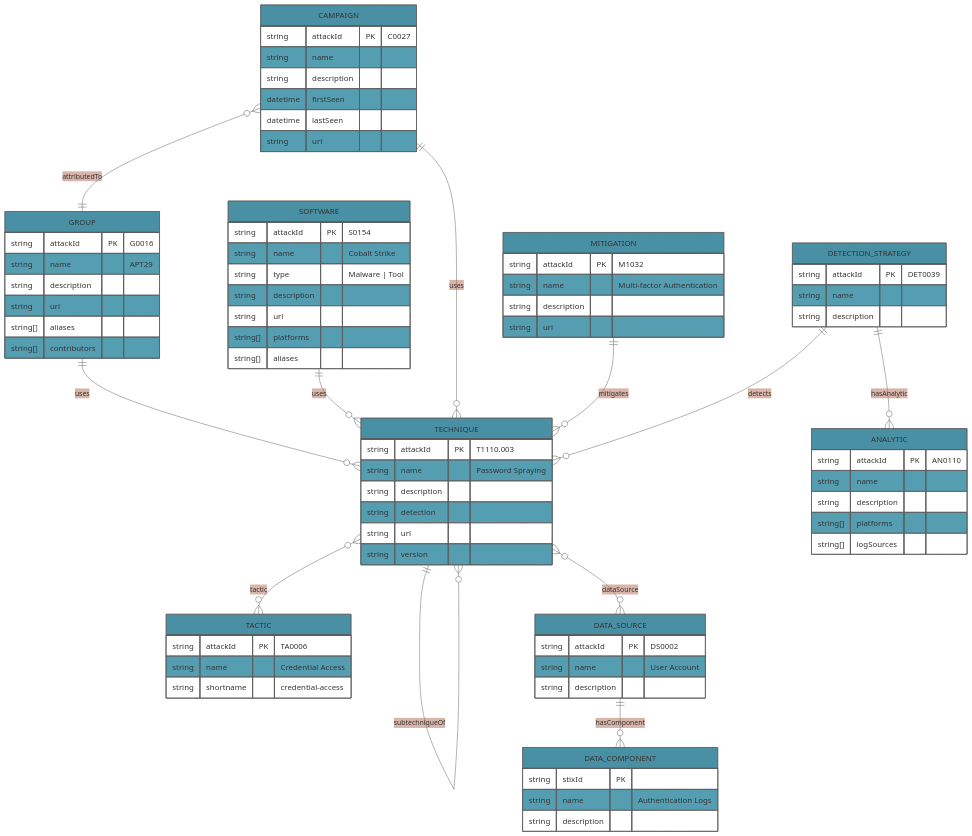
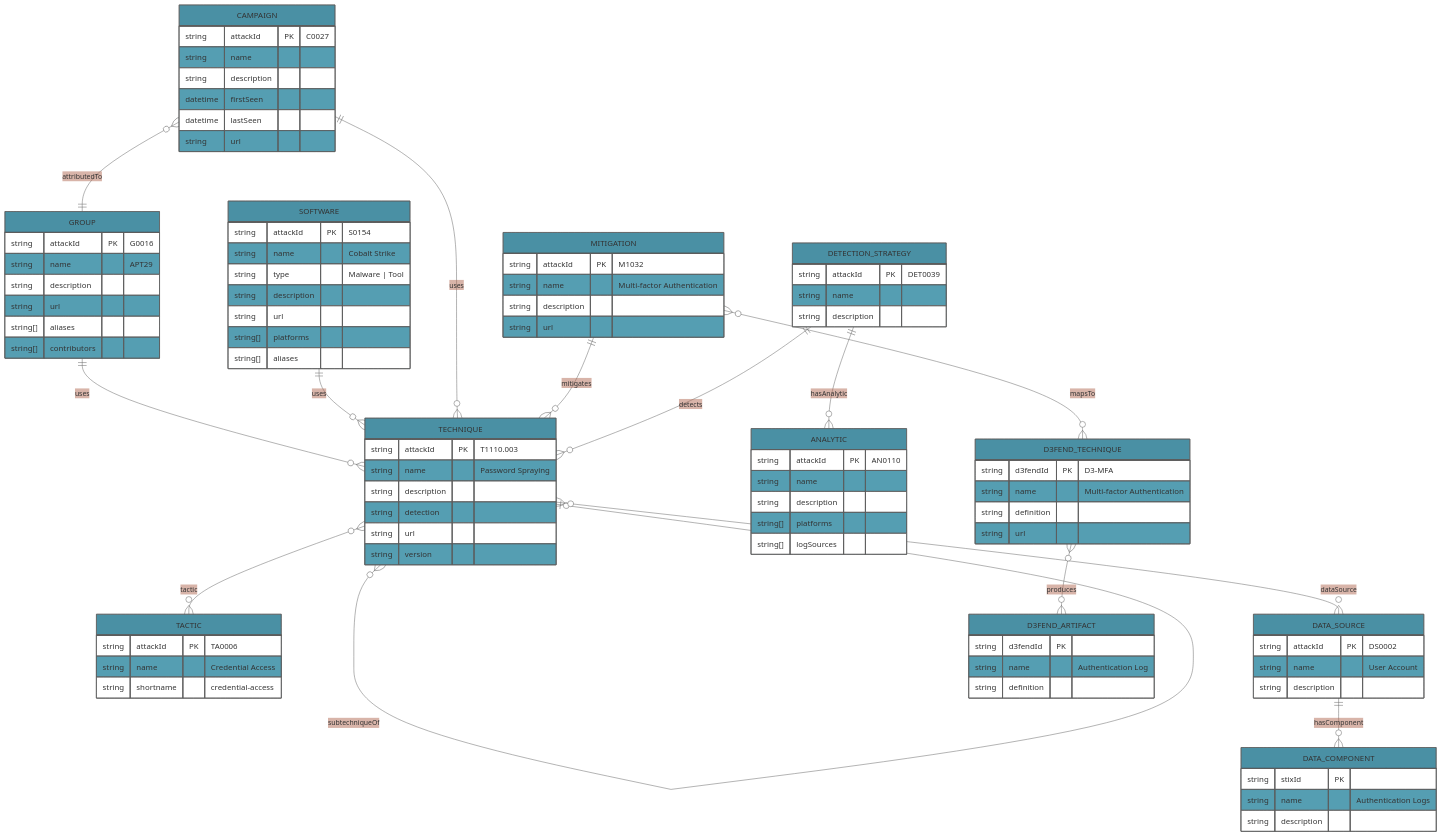
Before and after one commit to jackwillis/attack-kg: the diagram in docs/architecture/schema.mmd, drawn with Mermaid. The commit also changed 4 other files, not shown here.

First line of the commit message:
Fix architecture diagrams for accuracy and completeness

```diff
--- a/docs/architecture/schema.mmd
+++ b/docs/architecture/schema.mmd
@@ -1,97 +1,118 @@
 %%{init: {'theme': 'base', 'themeVariables': { 'primaryColor': '#4A90A4', 'lineColor': '#666'}}}%%
 
 erDiagram
     TECHNIQUE {
         string attackId PK "T1110.003"
         string name "Password Spraying"
         string description
         string detection
         string url
         string version
     }
 
     GROUP {
         string attackId PK "G0016"
         string name "APT29"
         string description
         string url
         string[] aliases
         string[] contributors
     }
 
     SOFTWARE {
         string attackId PK "S0154"
         string name "Cobalt Strike"
         string type "Malware | Tool"
         string description
         string url
         string[] platforms
         string[] aliases
     }
 
     MITIGATION {
         string attackId PK "M1032"
         string name "Multi-factor Authentication"
         string description
         string url
     }
 
     CAMPAIGN {
         string attackId PK "C0027"
         string name
         string description
         datetime firstSeen
         datetime lastSeen
         string url
     }
 
     TACTIC {
         string attackId PK "TA0006"
         string name "Credential Access"
         string shortname "credential-access"
     }
 
     DATA_SOURCE {
         string attackId PK "DS0002"
         string name "User Account"
         string description
     }
 
     DATA_COMPONENT {
         string stixId PK
         string name "Authentication Logs"
         string description
     }
 
     DETECTION_STRATEGY {
         string attackId PK "DET0039"
         string name
         string description
     }
 
     ANALYTIC {
         string attackId PK "AN0110"
         string name
         string description
         string[] platforms
         string[] logSources
     }
 
+    D3FEND_TECHNIQUE {
+        string d3fendId PK "D3-MFA"
+        string name "Multi-factor Authentication"
+        string definition
+        string url
+    }
+
+    D3FEND_ARTIFACT {
+        string d3fendId PK
+        string name "Authentication Log"
+        string definition
+    }
+
+    %% External Tool Mappings (Vector Store only, not RDF)
+    %% LOLBAS: Windows binaries → ATT&CK technique IDs
+    %% GTFOBins: Linux binaries → ATT&CK technique IDs
+
     %% Core relationships
     GROUP ||--o{ TECHNIQUE : uses
     SOFTWARE ||--o{ TECHNIQUE : uses
     CAMPAIGN ||--o{ TECHNIQUE : uses
     CAMPAIGN }o--|| GROUP : attributedTo
 
     %% Defensive relationships
     MITIGATION ||--o{ TECHNIQUE : mitigates
     DETECTION_STRATEGY ||--o{ TECHNIQUE : detects
     DETECTION_STRATEGY ||--o{ ANALYTIC : hasAnalytic
 
     %% Technique hierarchy
-    TECHNIQUE ||--o{ TECHNIQUE : subtechniqueOf
+    TECHNIQUE }o--o| TECHNIQUE : subtechniqueOf
     TECHNIQUE }o--o{ TACTIC : tactic
     TECHNIQUE }o--o{ DATA_SOURCE : dataSource
 
     %% Data source hierarchy
     DATA_SOURCE ||--o{ DATA_COMPONENT : hasComponent
+
+    %% D3FEND relationships
+    MITIGATION }o--o{ D3FEND_TECHNIQUE : mapsTo
+    D3FEND_TECHNIQUE }o--o{ D3FEND_ARTIFACT : produces
```
